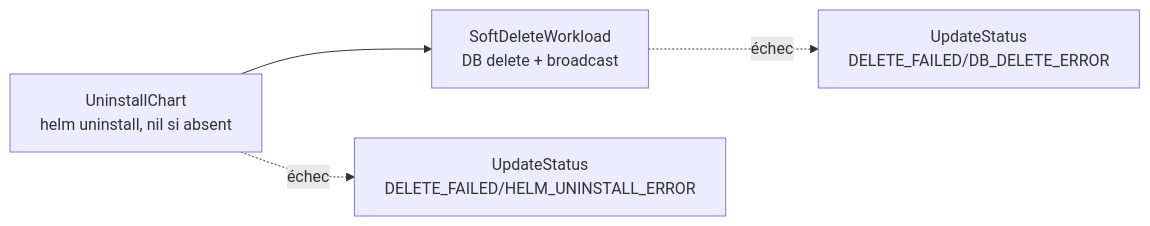
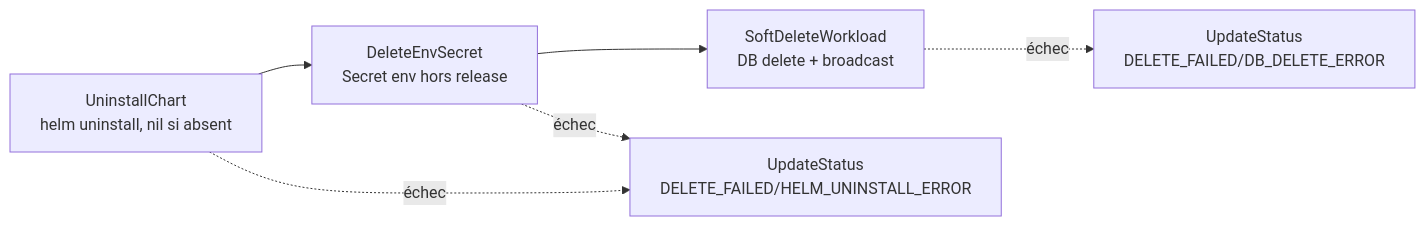
The second of 2 diagrams in docs/modules/workloads.md (betorun/betomanager), drawn with Mermaid before and after one commit. The commit also changed other lines of this file and 24 other files, not shown here.

````diff
--- a/docs/modules/workloads.md
+++ b/docs/modules/workloads.md
@@ -116,6 +151,8 @@
 ```mermaid
 graph LR
-    A[UninstallChart<br/>helm uninstall, nil si absent] --> B[SoftDeleteWorkload<br/>DB delete + broadcast]
+    A[UninstallChart<br/>helm uninstall, nil si absent] --> D[DeleteEnvSecret<br/>Secret env hors release]
+    D --> B[SoftDeleteWorkload<br/>DB delete + broadcast]
     A -.échec.-> E1[UpdateStatus<br/>DELETE_FAILED/HELM_UNINSTALL_ERROR]
+    D -.échec.-> E1
     B -.échec.-> E2[UpdateStatus<br/>DELETE_FAILED/DB_DELETE_ERROR]
 ```
````
